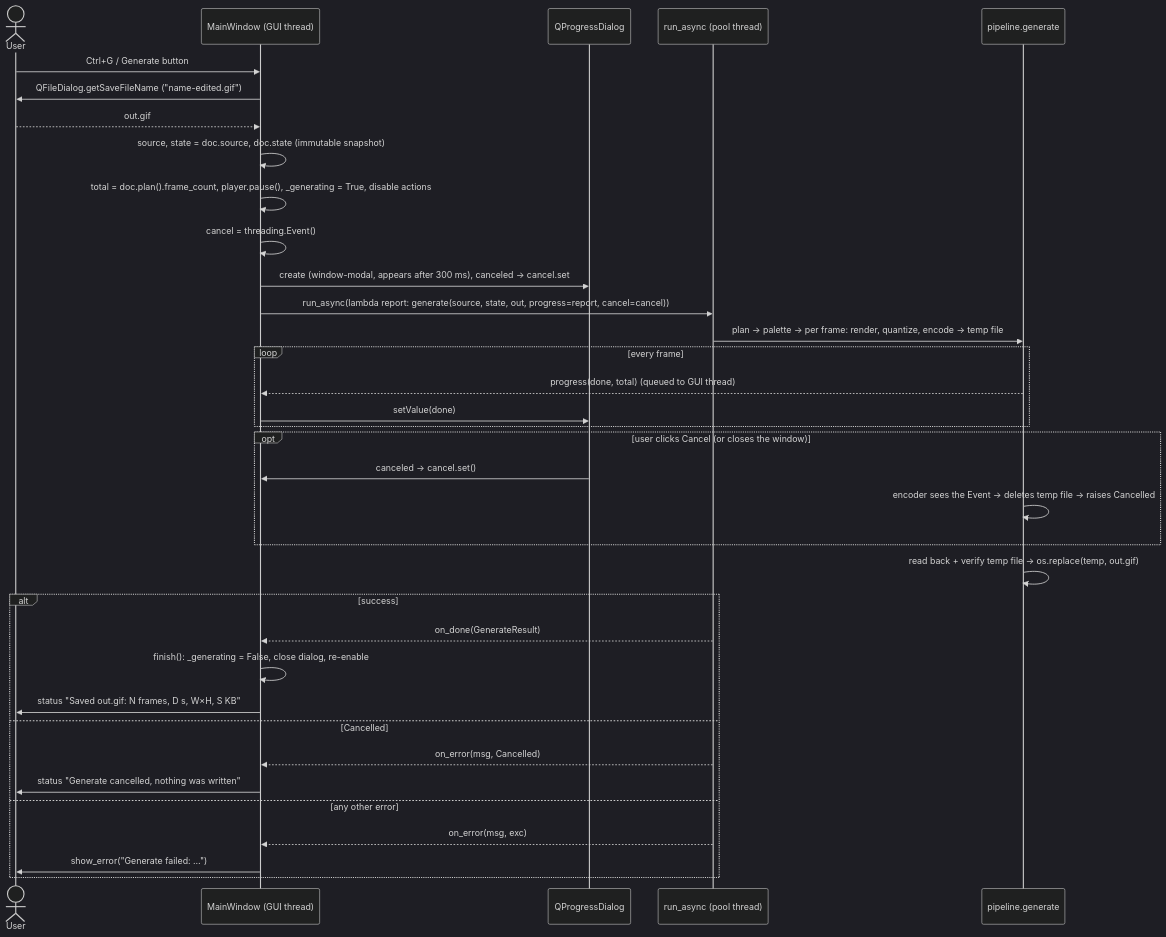
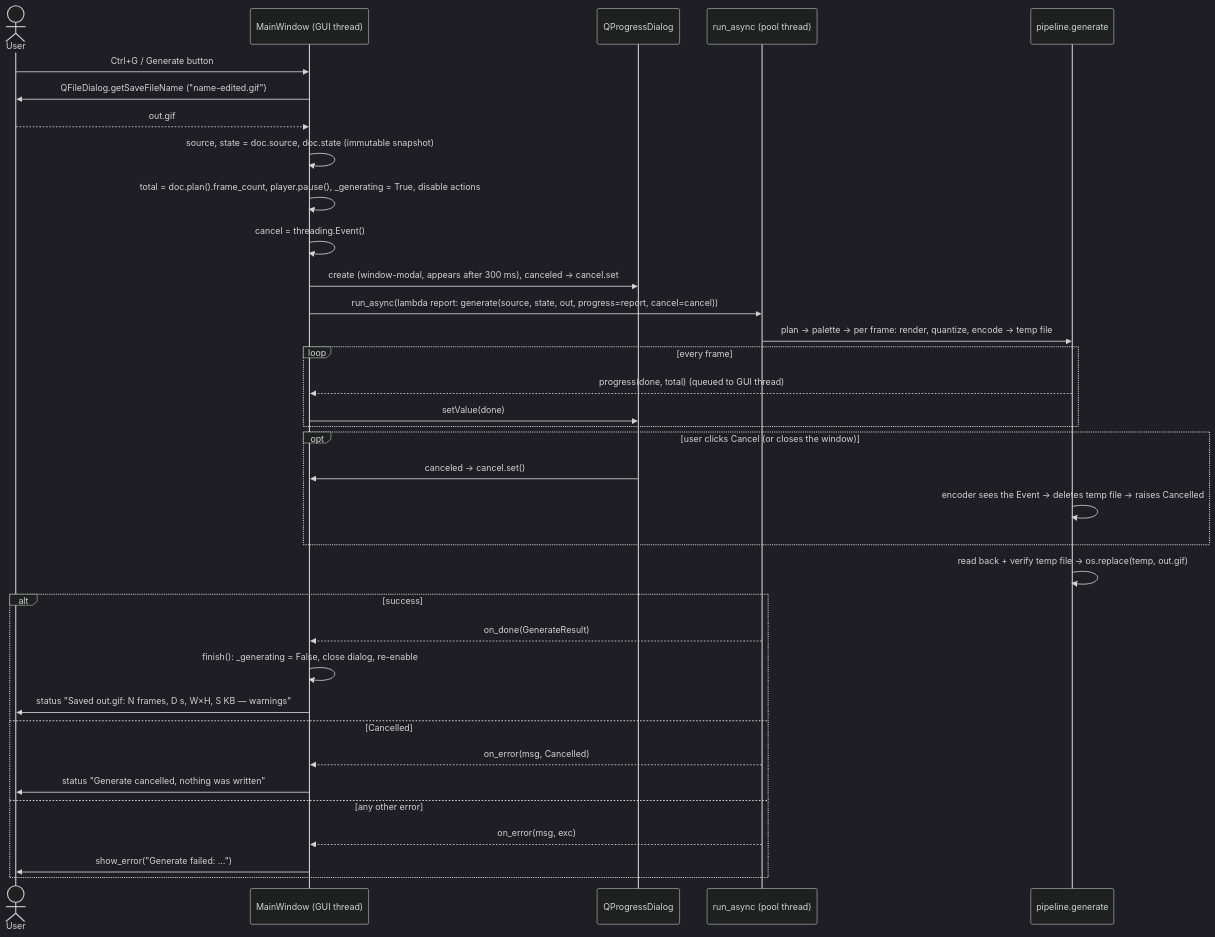
Before and after one commit to ErmanKan/EGPlease: the diagram in docs/codebase/src/gif_editor/ui/main_window.md, drawn with Mermaid (dark theme). The commit also changed other lines of this file and 15 other files, not shown here.

````diff
--- a/docs/codebase/src/gif_editor/ui/main_window.md
+++ b/docs/codebase/src/gif_editor/ui/main_window.md
@@ -104,37 +141,37 @@
 ```mermaid
 sequenceDiagram
     actor U as User
     participant MW as MainWindow (GUI thread)
     participant PD as QProgressDialog
     participant WK as run_async (pool thread)
     participant P as pipeline.generate
     U->>MW: Ctrl+G / Generate button
     MW->>U: QFileDialog.getSaveFileName ("name-edited.gif")
     U-->>MW: out.gif
     MW->>MW: source, state = doc.source, doc.state (immutable snapshot)
     MW->>MW: total = doc.plan().frame_count, player.pause(), _generating = True, disable actions
     MW->>MW: cancel = threading.Event()
     MW->>PD: create (window-modal, appears after 300 ms), canceled → cancel.set
     MW->>WK: run_async(lambda report: generate(source, state, out, progress=report, cancel=cancel))
     WK->>P: plan → palette → per frame: render, quantize, encode → temp file
     loop every frame
         P-->>MW: progress(done, total) (queued to GUI thread)
         MW->>PD: setValue(done)
     end
     opt user clicks Cancel (or closes the window)
         PD->>MW: canceled → cancel.set()
         P->>P: encoder sees the Event → deletes temp file → raises Cancelled
     end
     P->>P: read back + verify temp file → os.replace(temp, out.gif)
     alt success
         WK-->>MW: on_done(GenerateResult)
         MW->>MW: finish(): _generating = False, close dialog, re-enable
-        MW->>U: status "Saved out.gif: N frames, D s, W×H, S KB"
+        MW->>U: status "Saved out.gif: N frames, D s, W×H, S KB — warnings"
     else Cancelled
         WK-->>MW: on_error(msg, Cancelled)
         MW->>U: status "Generate cancelled, nothing was written"
     else any other error
         WK-->>MW: on_error(msg, exc)
         MW->>U: show_error("Generate failed: …")
     end
 ```
````
